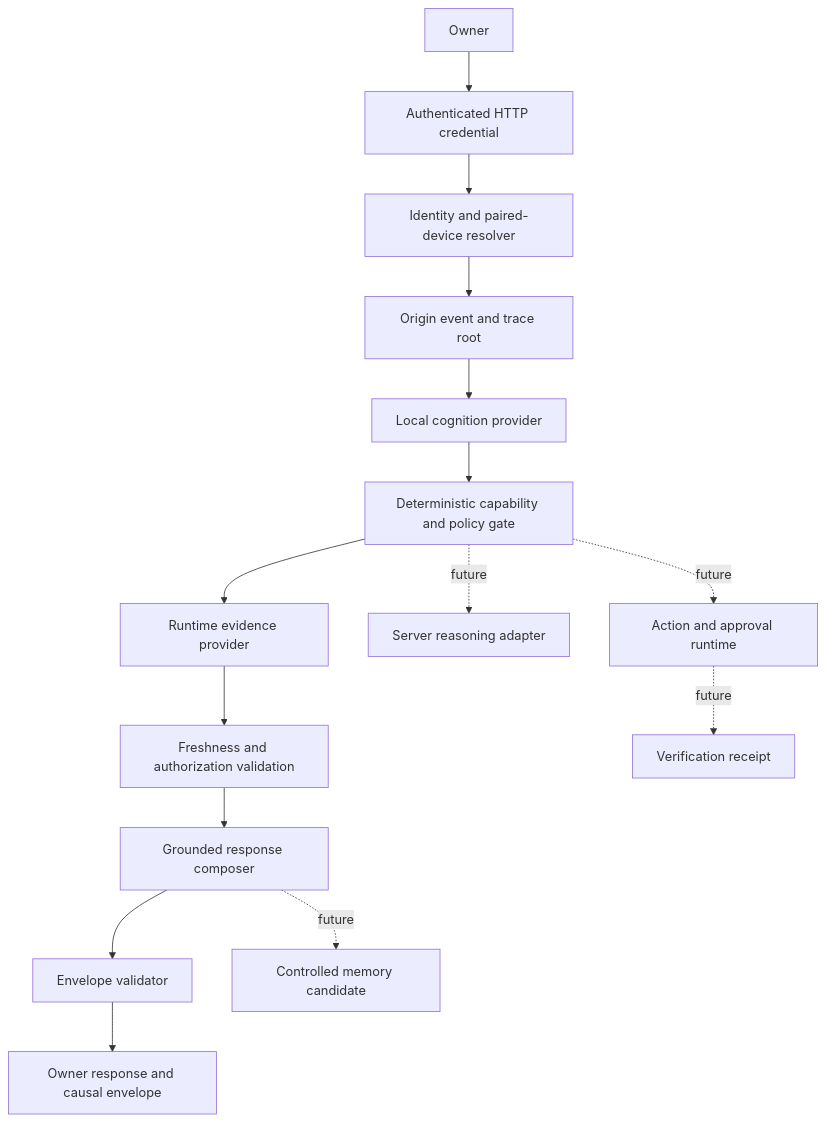
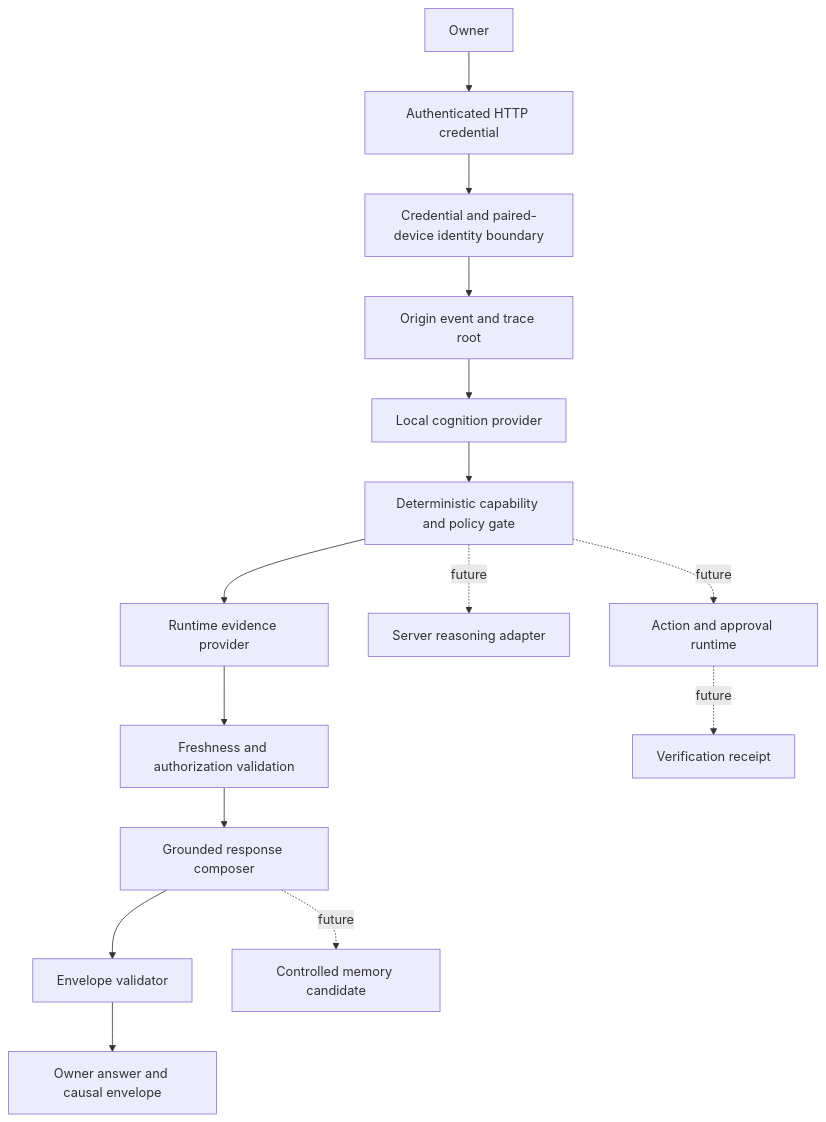
Before and after one commit to selmer512/mira: the diagram in docs/greenfield/FOUNDATION.md, drawn with Mermaid. The commit also changed other lines of this file, not shown here.

````diff
--- a/docs/greenfield/FOUNDATION.md
+++ b/docs/greenfield/FOUNDATION.md
@@ -76,17 +73,17 @@
 ```mermaid
 flowchart TD
   O[Owner] --> K[Authenticated HTTP credential]
-  K --> I[Identity and paired-device resolver]
+  K --> I[Credential and paired-device identity boundary]
   I --> T[Origin event and trace root]
   T --> R[Local cognition provider]
   R --> P[Deterministic capability and policy gate]
   P --> E[Runtime evidence provider]
   E --> F[Freshness and authorization validation]
   F --> RESP[Grounded response composer]
   RESP --> V[Envelope validator]
-  V --> OUT[Owner response and causal envelope]
+  V --> OUT[Owner answer and causal envelope]
   P -. future .-> SR[Server reasoning adapter]
   P -. future .-> A[Action and approval runtime]
   A -. future .-> VR[Verification receipt]
   RESP -. future .-> M[Controlled memory candidate]
 ```
````
